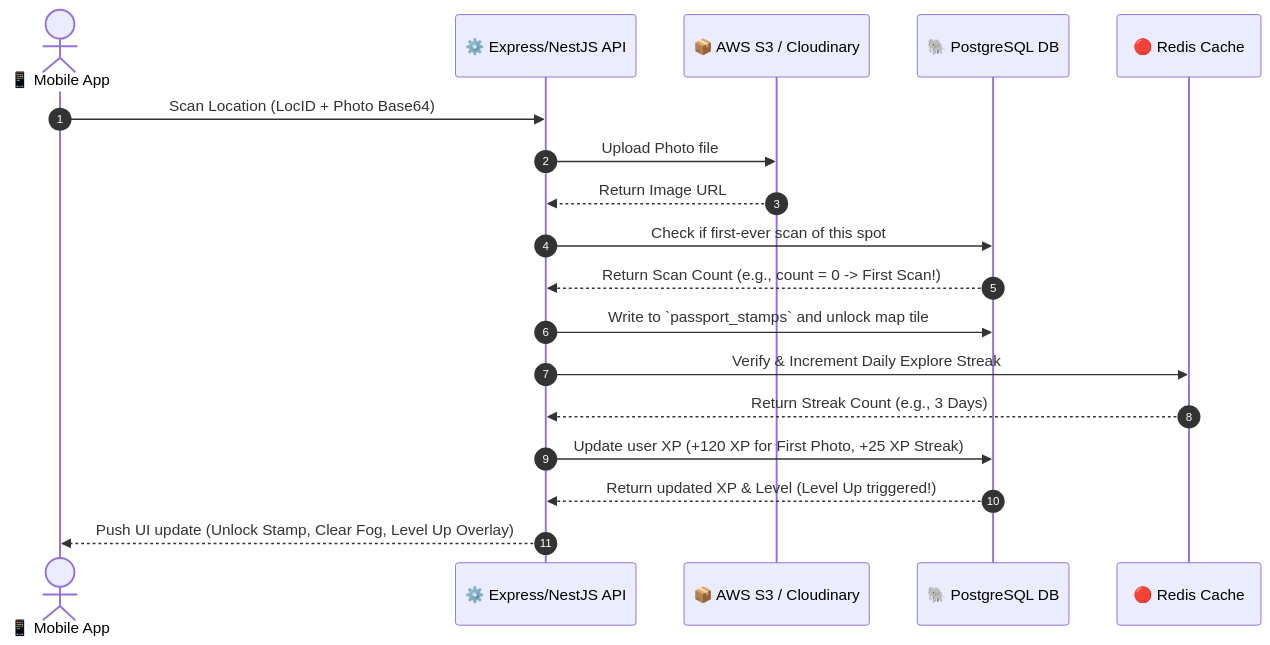
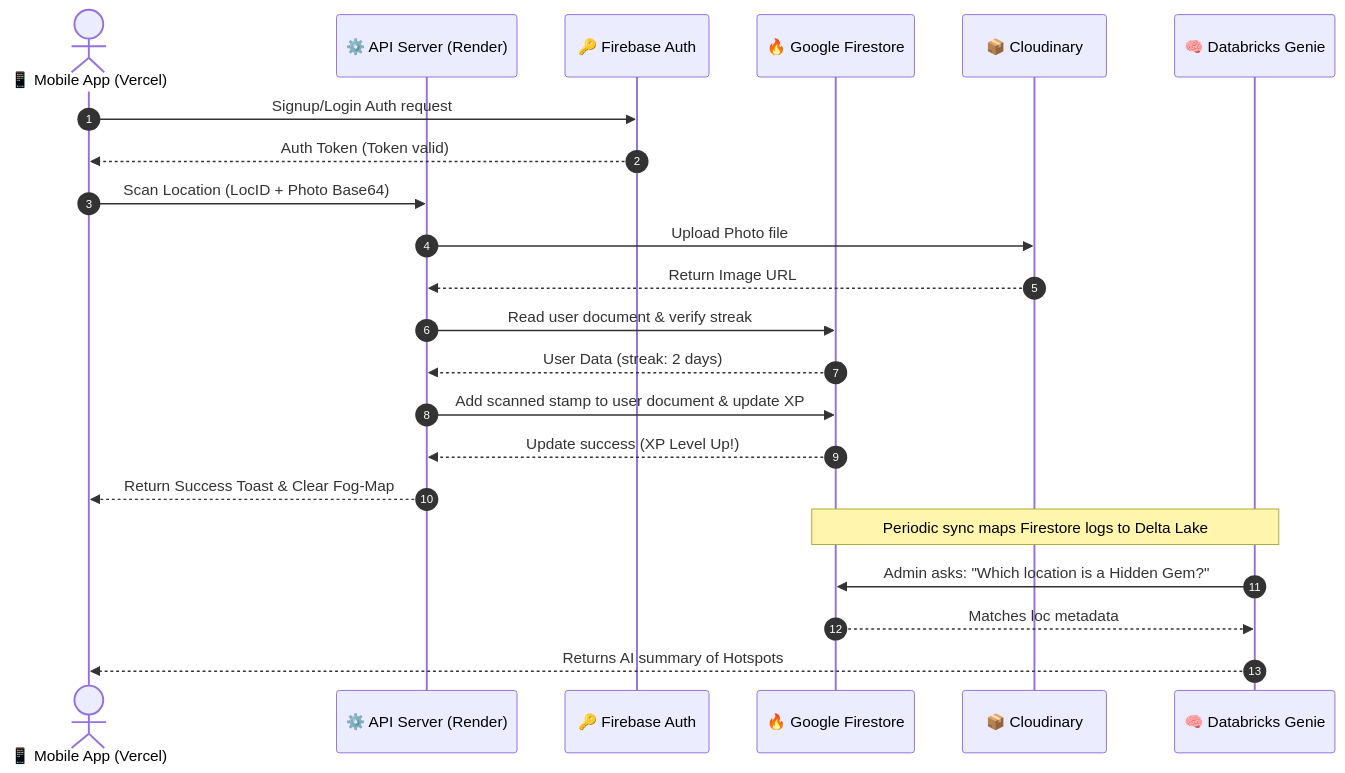
Before and after one commit to Kritika-Panwar-151/campus-social-platform: the second of 3 diagrams in PROJECT_ARCHITECTURE.md, drawn with Mermaid. The commit also changed other lines of this file, not shown here.

Commit message:
docs: Updated PROJECT_ARCHITECTURE.md with Firestore, Databricks AI/BI Genie, and detailed free-tier explanation

````diff
--- a/PROJECT_ARCHITECTURE.md
+++ b/PROJECT_ARCHITECTURE.md
@@ -94,21 +76,29 @@
 ```mermaid
 sequenceDiagram
     autonumber
-    actor Student as 📱 Mobile App
-    participant API as ⚙️ Express/NestJS API
-    participant S3 as 📦 AWS S3 / Cloudinary
-    participant DB as 🐘 PostgreSQL DB
-    participant Cache as 🔴 Redis Cache
+    actor Student as 📱 Mobile App (Vercel)
+    participant API as ⚙️ API Server (Render)
+    participant Auth as 🔑 Firebase Auth
+    participant DB as 🔥 Google Firestore
+    participant S3 as 📦 Cloudinary
+    participant Genie as 🧠 Databricks Genie
 
+    Student->>Auth: Signup/Login Auth request
+    Auth-->>Student: Auth Token (Token valid)
+    
     Student->>API: Scan Location (LocID + Photo Base64)
     API->>S3: Upload Photo file
     S3-->>API: Return Image URL
-    API->>DB: Check if first-ever scan of this spot
-    DB-->>API: Return Scan Count (e.g., count = 0 -> First Scan!)
-    API->>DB: Write to `passport_stamps` and unlock map tile
-    API->>Cache: Verify & Increment Daily Explore Streak
-    Cache-->>API: Return Streak Count (e.g., 3 Days)
-    API->>DB: Update user XP (+120 XP for First Photo, +25 XP Streak)
-    DB-->>API: Return updated XP & Level (Level Up triggered!)
-    API-->>Student: Push UI update (Unlock Stamp, Clear Fog, Level Up Overlay)
+    
+    API->>DB: Read user document & verify streak
+    DB-->>API: User Data (streak: 2 days)
+    
+    API->>DB: Add scanned stamp to user document & update XP
+    DB-->>API: Update success (XP Level Up!)
+    API-->>Student: Return Success Toast & Clear Fog-Map
+    
+    Note over DB, Genie: Periodic sync maps Firestore logs to Delta Lake
+    Genie->>DB: Admin asks: "Which location is a Hidden Gem?"
+    DB-->>Genie: Matches loc metadata
+    Genie-->>Student: Returns AI summary of Hotspots
 ```
````
